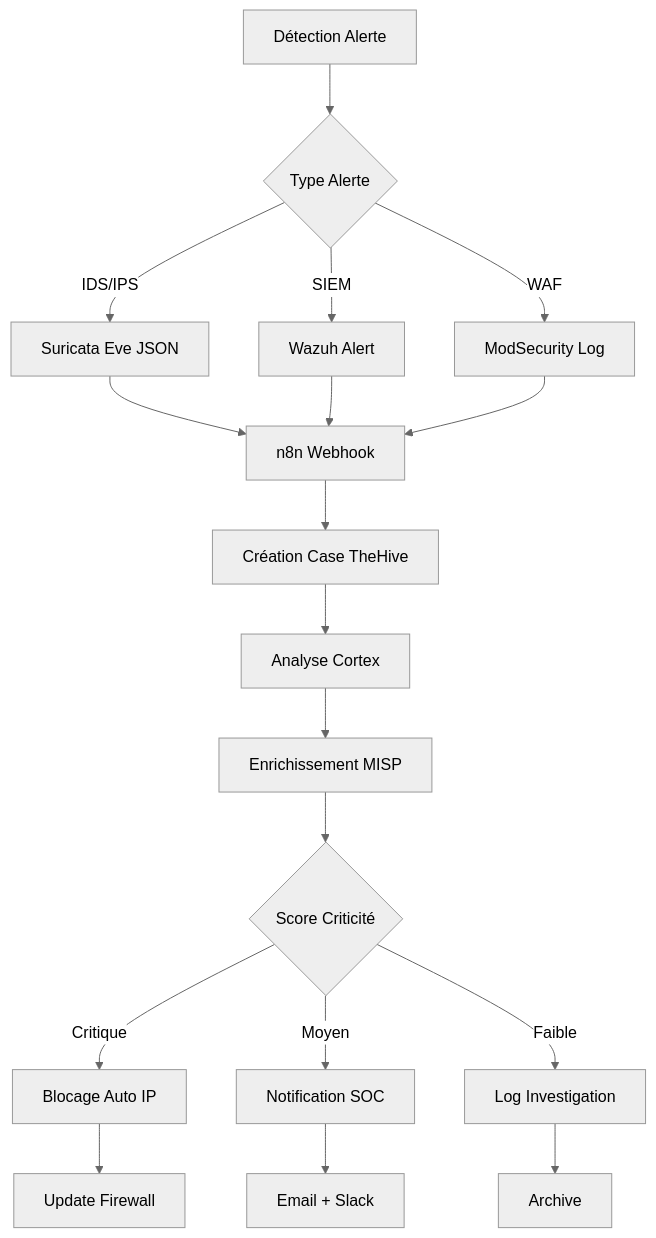
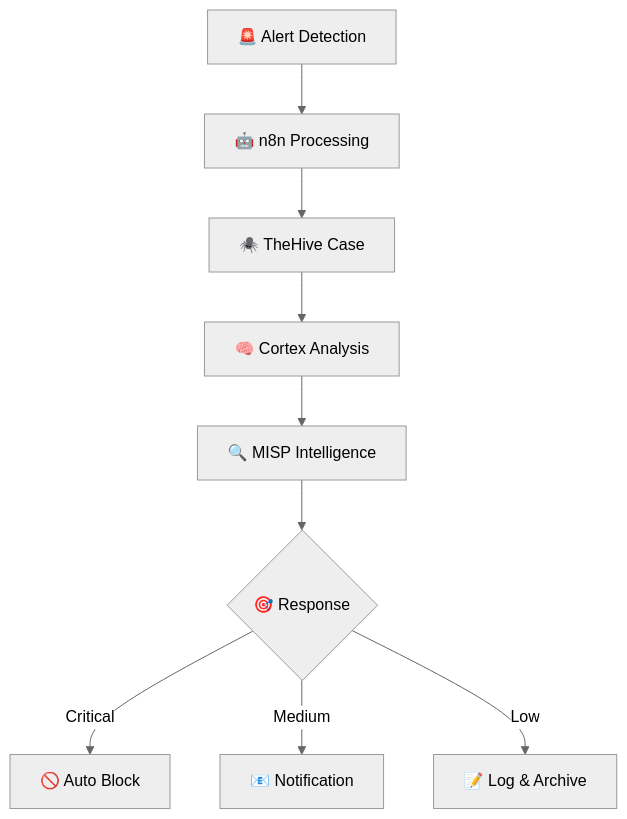
One commit to Med10S/Project_Pfa_stage changed the diagram in CyberSecurity_SIEM_SOAR/03_SOAR_STACK/README.md. Above: the diagram before and after it, drawn with Mermaid (neutral theme). The commit also changed other lines of this file and 5 other files, not shown here.

````diff
--- a/CyberSecurity_SIEM_SOAR/03_SOAR_STACK/README.md
+++ b/CyberSecurity_SIEM_SOAR/03_SOAR_STACK/README.md
@@ -37,24 +35,11 @@
 ```mermaid
 graph TB
-    A[Détection Alerte] --> B{Type Alerte}
-    B -->|IDS/IPS| C[Suricata Eve JSON]
-    B -->|SIEM| D[Wazuh Alert] 
-    B -->|WAF| E[ModSecurity Log]
-    
-    C --> F[n8n Webhook]
-    D --> F
-    E --> F
-    
-    F --> G[Création Case TheHive]
-    G --> H[Analyse Cortex]
-    H --> I[Enrichissement MISP]
-    I --> J{Score Criticité}
-    
-    J -->|Critique| K[Blocage Auto IP]
-    J -->|Moyen| L[Notification SOC]
-    J -->|Faible| M[Log Investigation]
-    
-    K --> N[Update Firewall]
-    L --> O[Email + Slack]
-    M --> P[Archive]
+  A[🚨 Alert Detection] --> B[🤖 n8n Processing]
+  B --> C[🕷️ TheHive Case]
+  C --> D[🧠 Cortex Analysis]
+  D --> E[🔍 MISP Intelligence]
+  E --> F{🎯 Response}
+  F -->|Critical| G[🚫 Auto Block]
+  F -->|Medium| H[📧 Notification]
+  F -->|Low| I[📝 Log & Archive]
 ```
````
